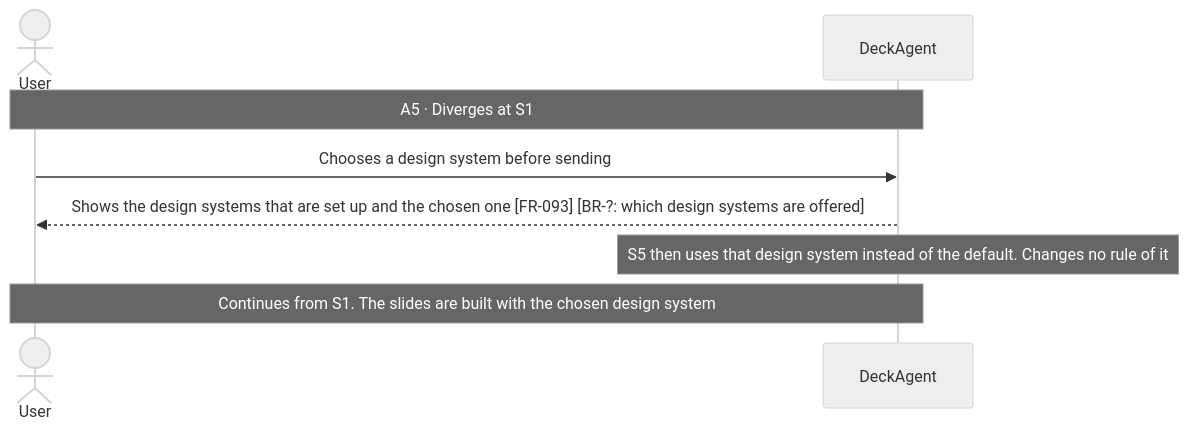
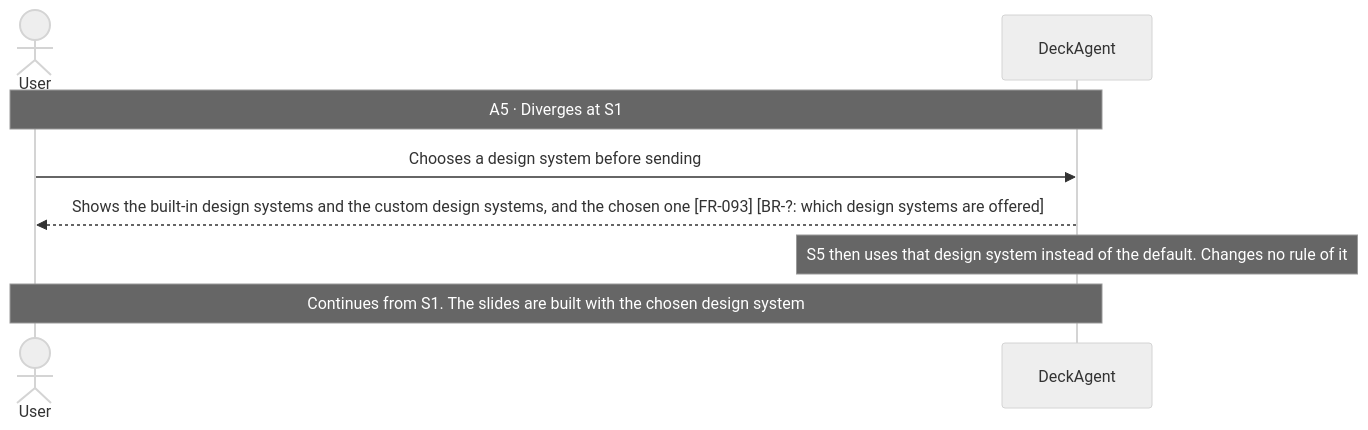
The second of 27 diagrams in docs/spec/03-use-cases/UC-001.md (Luke23127006/DeckAgent), drawn with Mermaid (neutral theme) before and after one commit. The commit also changed 7 other files, not shown here.

Commit message:
docs(spec): add built-in design system behavior

````diff
--- a/docs/spec/03-use-cases/UC-001.md
+++ b/docs/spec/03-use-cases/UC-001.md
@@ -91,10 +91,10 @@
 ```mermaid
 sequenceDiagram
     actor User
     participant DeckAgent
     Note over User,DeckAgent: A5 · Diverges at S1
     User->>DeckAgent: Chooses a design system before sending
-    DeckAgent-->>User: Shows the design systems that are set up and the chosen one [FR-093] [BR-?: which design systems are offered]
+    DeckAgent-->>User: Shows the built-in design systems and the custom design systems, and the chosen one [FR-093] [BR-?: which design systems are offered]
     note over DeckAgent: S5 then uses that design system instead of the default. Changes no rule of it
     Note over User,DeckAgent: Continues from S1. The slides are built with the chosen design system
 ```
````
